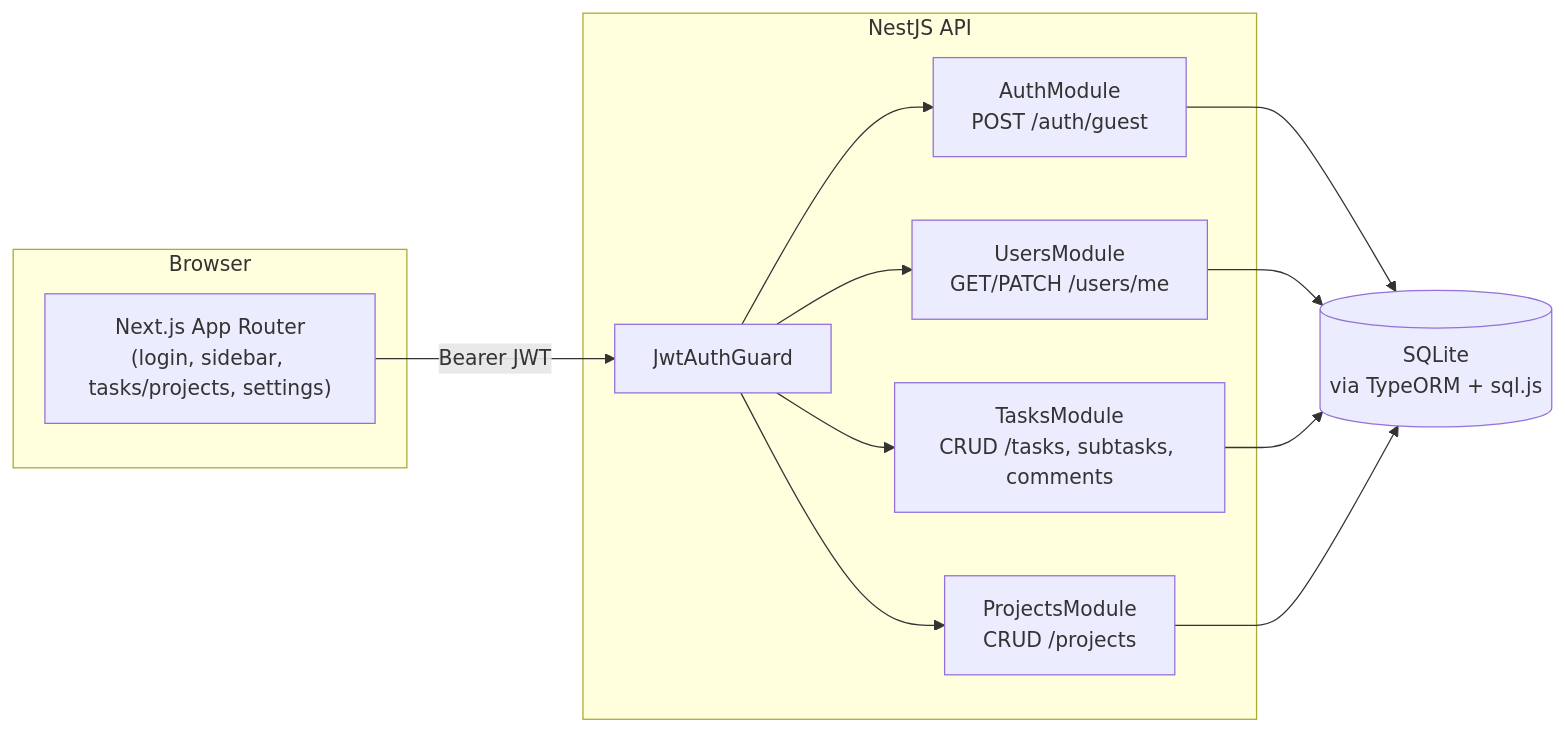
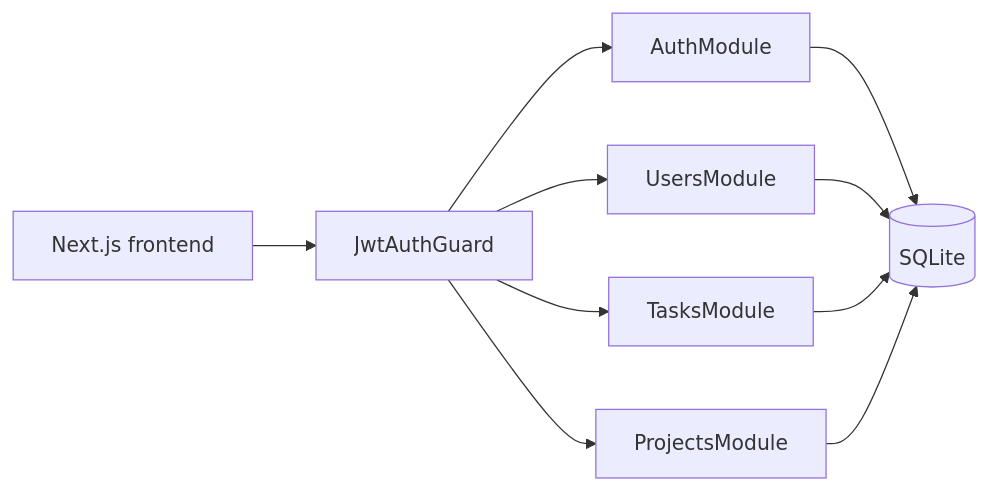
The diagram in README.md (Vanshika-gupta001/ablespace-assessment), drawn with Mermaid before and after one commit.

````diff
--- a/README.md
+++ b/README.md
@@ -47,26 +47,20 @@
 ```mermaid
 flowchart LR
-    subgraph Client["Browser"]
-        UI["Next.js App Router\n(login, sidebar, tasks/projects, settings)"]
-    end
+    UI[Next.js frontend]
+    Guard[JwtAuthGuard]
+    Auth[AuthModule]
+    Users[UsersModule]
+    Tasks[TasksModule]
+    Projects[ProjectsModule]
+    DB[(SQLite)]
 
-    subgraph API["NestJS API"]
-        Auth["AuthModule\nPOST /auth/guest"]
-        Users["UsersModule\nGET/PATCH /users/me"]
-        Tasks["TasksModule\nCRUD /tasks, subtasks, comments"]
-        Projects["ProjectsModule\nCRUD /projects"]
-        Guard["JwtAuthGuard"]
-    end
-
-    DB[("SQLite\nvia TypeORM + sql.js")]
-
-    UI -- "Bearer JWT" --> Guard
+    UI --> Guard
     Guard --> Auth
     Guard --> Users
     Guard --> Tasks
     Guard --> Projects
     Auth --> DB
     Users --> DB
     Tasks --> DB
     Projects --> DB
 ```
````
